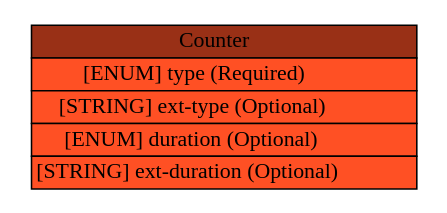
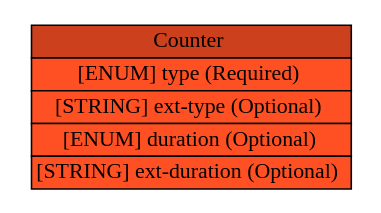
One commit to Moutix/idmef_parser changed the diagram in iodef/graph/Counter.dot. Above: the diagram before and after it, drawn with Graphviz. The commit also changed 197 other files, not shown here.

Commit message:
Update Graphs

```diff
--- a/iodef/graph/Counter.dot
+++ b/iodef/graph/Counter.dot
@@ -1,6 +1,11 @@
 digraph Counter {
-	graph [rankdir=LR];
+	graph [bb="0,0,219,113",
+		rankdir=LR
+	];
 	node [label="\N"];
-	graph [bb="0,0,258,108"];
-	Counter [label=<<table BORDER="0" CELLBORDER="1" CELLSPACING="0"> <tr > <td BGCOLOR="#993016" HREF="#" TITLE="The Counter class summarize multiple occurrences of some event, or conveys counts or rates on various features (e.g., packets, sessions, events). ">Counter</td> </tr>" %<tr><td BGCOLOR="#FF5024" HREF="#" TITLE="Specifies the units of the element content.">[ENUM] type (Required) </td></tr>%<tr><td BGCOLOR="#FF5024" HREF="#" TITLE="A means by which to extend the type attribute. See Section 5.1.">[STRING] ext-type (Optional) </td></tr>%<tr><td BGCOLOR="#FF5024" HREF="#" TITLE="If present, the Counter class represents a rate rather than a count over the entire event.  In that case, this attribute specifies the denominator of the rate (where the type attribute specified the nominator).  The possible values of this attribute are defined in Section 3.10.2">[ENUM] duration (Optional) </td></tr>%<tr><td BGCOLOR="#FF5024" HREF="#" TITLE="A means by which to extend the duration attribute.  See Section 5.1.">[STRING] ext-duration (Optional) </td></tr>%</table>>, shape=plaintext, pos="129,54", width="3.5556", height="1.5139"];
+	Counter	 [height=1.5694,
+		label=<<table BORDER="0" CELLBORDER="1" CELLSPACING="0"> <tr> <td BGCOLOR="#cc401d" HREF="#" TITLE="The Counter class summarize multiple occurrences of some event, or conveys counts or rates on various features (e.g., packets, sessions, events). "><FONT FACE="Nimbus Sans L">Counter</FONT></td> </tr>" %<tr><td BGCOLOR="#FF5024"  HREF="#" TITLE="Specifies the units of the element content."><FONT FACE="Nimbus Sans L">[ENUM] type (Required)</FONT></td></tr>%<tr><td BGCOLOR="#FF5024"  HREF="#" TITLE="A means by which to extend the type attribute. See Section 5.1."><FONT FACE="Nimbus Sans L">[STRING] ext-type (Optional)</FONT></td></tr>%<tr><td BGCOLOR="#FF5024"  HREF="#" TITLE="If present, the Counter class represents a rate rather than a count over the entire event.  In that case, this attribute specifies the denominator of the rate (where the type attribute specified the nominator).  The possible values of this attribute are defined in Section 3.10.2"><FONT FACE="Nimbus Sans L">[ENUM] duration (Optional)</FONT></td></tr>%<tr><td BGCOLOR="#FF5024"  HREF="#" TITLE="A means by which to extend the duration attribute.  See Section 5.1."><FONT FACE="Nimbus Sans L">[STRING] ext-duration (Optional)</FONT></td></tr>%</table>>,
+		pos="109.5,56.5",
+		shape=plaintext,
+		width=3.0417];
 }
```
